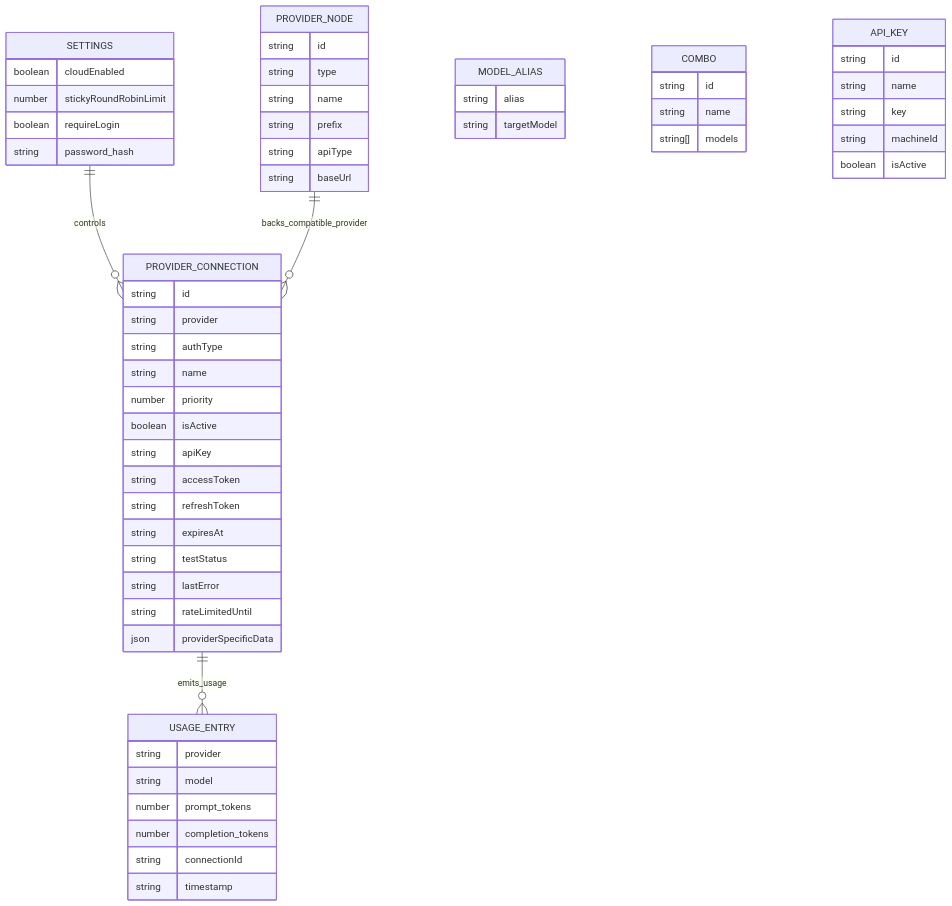
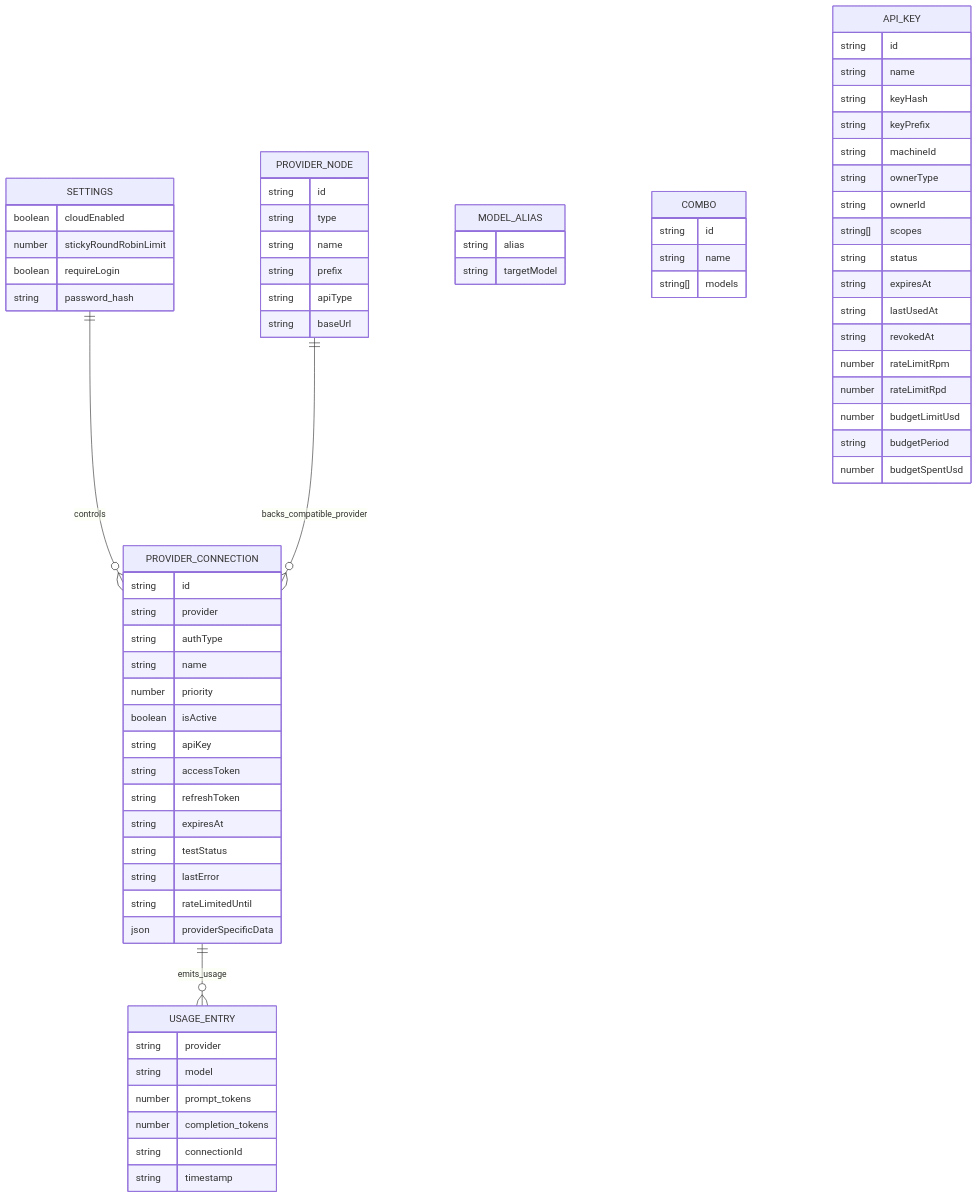
Before and after one commit to finhay/llm-gateway: the sixth of 7 diagrams in docs/ARCHITECTURE.md, drawn with Mermaid. The commit also changed other lines of this file and 49 other files, not shown here.

First line of the commit message:
feat(api-keys): scoped key lifecycle with rotation, audit, rate limits, budgets

````diff
--- a/docs/ARCHITECTURE.md
+++ b/docs/ARCHITECTURE.md
@@ -344,67 +349,79 @@
 ```mermaid
 erDiagram
     SETTINGS ||--o{ PROVIDER_CONNECTION : controls
     PROVIDER_NODE ||--o{ PROVIDER_CONNECTION : backs_compatible_provider
     PROVIDER_CONNECTION ||--o{ USAGE_ENTRY : emits_usage
 
     SETTINGS {
       boolean cloudEnabled
       number stickyRoundRobinLimit
       boolean requireLogin
       string password_hash
     }
 
     PROVIDER_CONNECTION {
       string id
       string provider
       string authType
       string name
       number priority
       boolean isActive
       string apiKey
       string accessToken
       string refreshToken
       string expiresAt
       string testStatus
       string lastError
       string rateLimitedUntil
       json providerSpecificData
     }
 
     PROVIDER_NODE {
       string id
       string type
       string name
       string prefix
       string apiType
       string baseUrl
     }
 
     MODEL_ALIAS {
       string alias
       string targetModel
     }
 
     COMBO {
       string id
       string name
       string[] models
     }
 
     API_KEY {
       string id
       string name
-      string key
+      string keyHash
+      string keyPrefix
       string machineId
-      boolean isActive
+      string ownerType
+      string ownerId
+      string[] scopes
+      string status
+      string expiresAt
+      string lastUsedAt
+      string revokedAt
+      number rateLimitRpm
+      number rateLimitRpd
+      number budgetLimitUsd
+      string budgetPeriod
+      number budgetSpentUsd
     }
 
     USAGE_ENTRY {
       string provider
       string model
       number prompt_tokens
       number completion_tokens
       string connectionId
       string timestamp
     }
 ```
````
